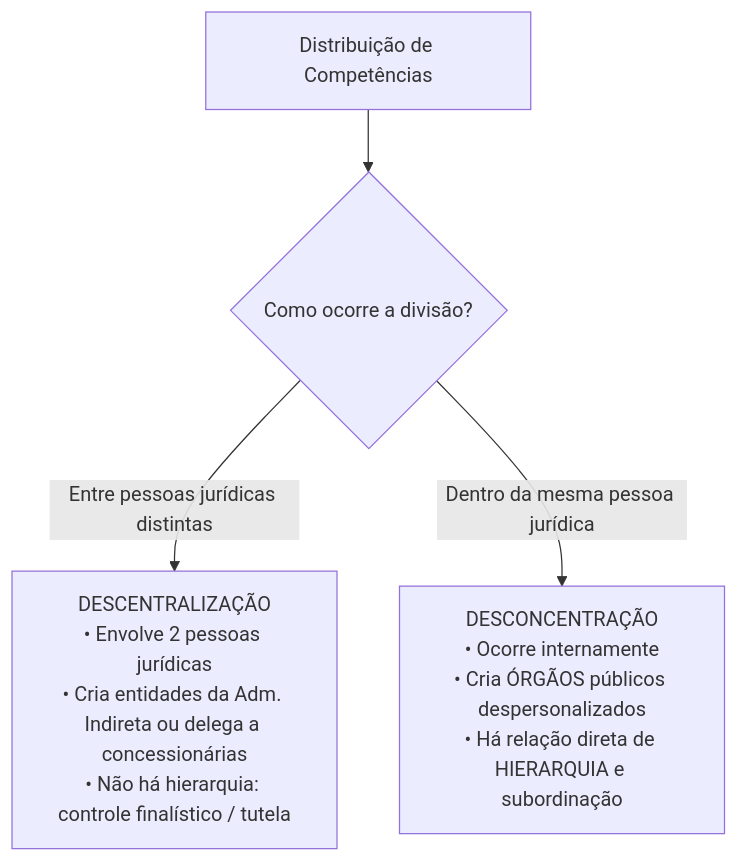
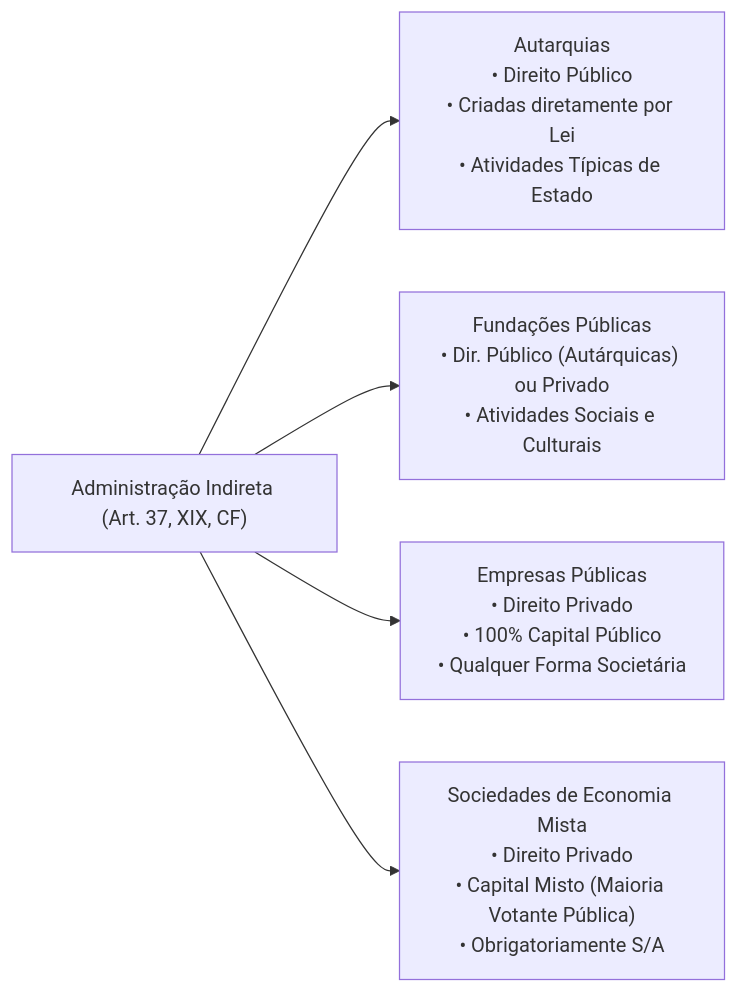
The second of 4 diagrams in fontes_de_estudo/conhecimentos_especificos_a01_tecnico_administrativo/15_nocoes_de_direito_administrativo/02_organizacao_administrativa_e_poderes.md (thiagosantos346/TCE-GO-2027), drawn with Mermaid before and after one commit. The commit also changed other lines of this file and 119 other files, not shown here.

````diff
--- a/fontes_de_estudo/conhecimentos_especificos_a01_tecnico_administrativo/15_nocoes_de_direito_administrativo/02_organizacao_administrativa_e_poderes.md
+++ b/fontes_de_estudo/conhecimentos_especificos_a01_tecnico_administrativo/15_nocoes_de_direito_administrativo/02_organizacao_administrativa_e_poderes.md
@@ -62,6 +103,9 @@
 ```mermaid
-flowchart TD
-    D["Distribuição de Competências"] --> DEC{"Como ocorre a divisão?"}
-    DEC -->|"Entre pessoas jurídicas distintas"| DESCENT["DESCENTRALIZAÇÃO<br/>• Envolve 2 pessoas jurídicas<br/>• Cria entidades da Adm. Indireta ou delega a concessionárias<br/>• Não há hierarquia: controle finalístico / tutela"]
-    DEC -->|"Dentro da mesma pessoa jurídica"| DESCONC["DESCONCENTRAÇÃO<br/>• Ocorre internamente<br/>• Cria ÓRGÃOS públicos despersonalizados<br/>• Há relação direta de HIERARQUIA e subordinação"]
+flowchart LR
+    Indireta["Administração Indireta (Art. 37, XIX, CF)"]
+    
+    Indireta --> Aut["Autarquias<br/>• Direito Público<br/>• Criadas diretamente por Lei<br/>• Atividades Típicas de Estado"]
+    Indireta --> Fund["Fundações Públicas<br/>• Dir. Público (Autárquicas) ou Privado<br/>• Atividades Sociais e Culturais"]
+    Indireta --> EP["Empresas Públicas<br/>• Direito Privado<br/>• 100% Capital Público<br/>• Qualquer Forma Societária"]
+    Indireta --> SEM["Sociedades de Economia Mista<br/>• Direito Privado<br/>• Capital Misto (Maioria Votante Pública)<br/>• Obrigatoriamente S/A"]
 ```
````
